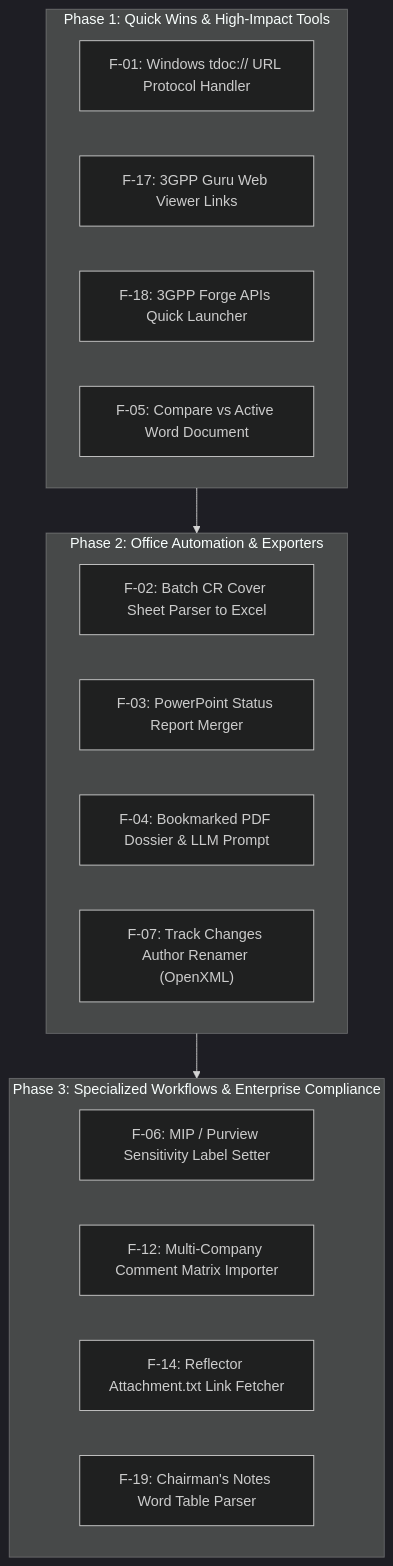
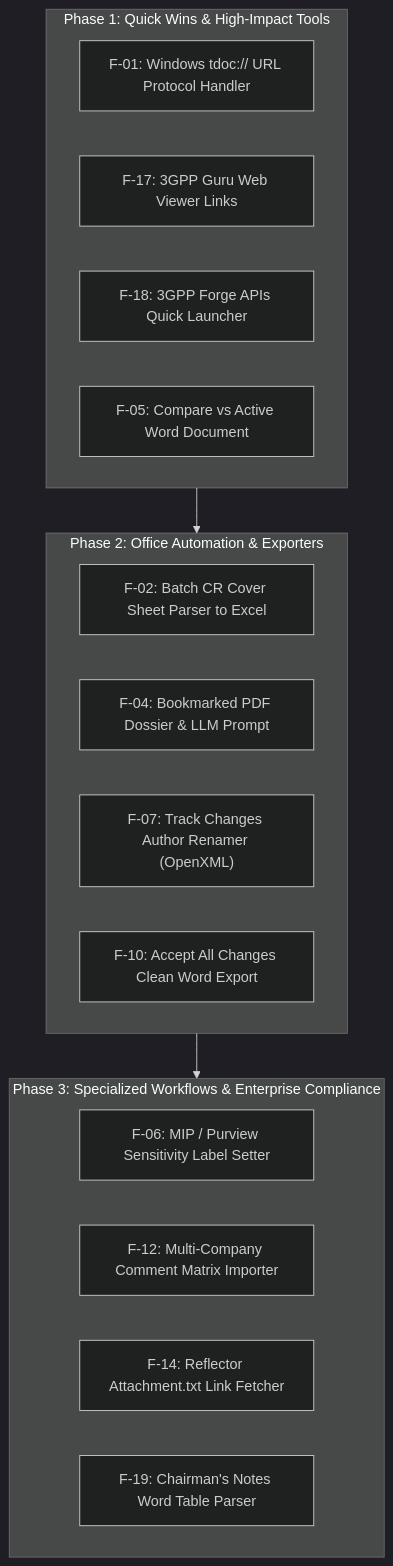
Before and after one commit to telekom/3gpp-meeting-tools: the fifth of 5 diagrams in 3GPP Tools/docs/LEGACY_FUNCTIONALITIES.md, drawn with Mermaid (dark theme). The commit also changed other lines of this file and 4 other files, not shown here.

First line of the commit message:
docs: deprecate legacy feature F-03 PowerPoint presentation merger

````diff
--- a/3GPP Tools/docs/LEGACY_FUNCTIONALITIES.md
+++ b/3GPP Tools/docs/LEGACY_FUNCTIONALITIES.md
@@ -504,25 +489,25 @@
 ```mermaid
 flowchart TD
     subgraph Phase1["Phase 1: Quick Wins & High-Impact Tools"]
         P1_1["F-01: Windows tdoc:// URL Protocol Handler"]
         P1_2["F-17: 3GPP Guru Web Viewer Links"]
         P1_3["F-18: 3GPP Forge APIs Quick Launcher"]
         P1_4["F-05: Compare vs Active Word Document"]
     end
 
     subgraph Phase2["Phase 2: Office Automation & Exporters"]
         P2_1["F-02: Batch CR Cover Sheet Parser to Excel"]
-        P2_2["F-03: PowerPoint Status Report Merger"]
-        P2_3["F-04: Bookmarked PDF Dossier & LLM Prompt"]
-        P2_4["F-07: Track Changes Author Renamer (OpenXML)"]
+        P2_2["F-04: Bookmarked PDF Dossier & LLM Prompt"]
+        P2_3["F-07: Track Changes Author Renamer (OpenXML)"]
+        P2_4["F-10: Accept All Changes Clean Word Export"]
     end
 
     subgraph Phase3["Phase 3: Specialized Workflows & Enterprise Compliance"]
         P3_1["F-06: MIP / Purview Sensitivity Label Setter"]
         P3_2["F-12: Multi-Company Comment Matrix Importer"]
         P3_3["F-14: Reflector Attachment.txt Link Fetcher"]
         P3_4["F-19: Chairman's Notes Word Table Parser"]
     end
 
     Phase1 --> Phase2 --> Phase3
 ```
````
